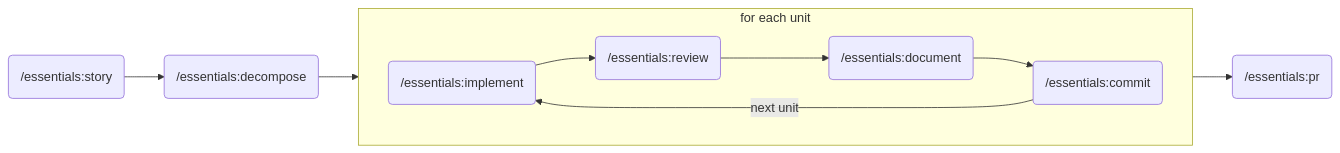
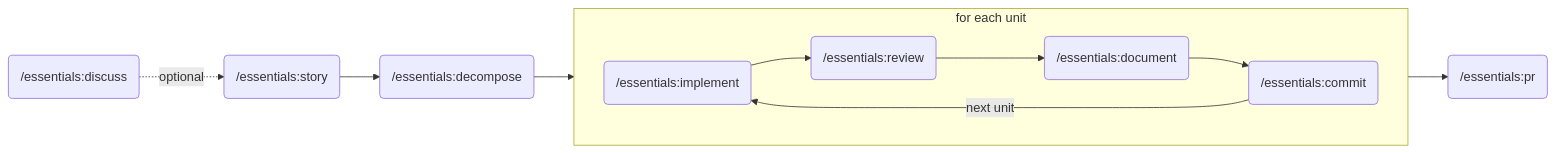
The diagram in README.md (JSA-Partners/claude-essentials), drawn with Mermaid before and after one commit. The commit also changed other lines of this file and 1 other file, not shown here.

Commit message:
feat(skills): add discuss skill for pre-story exploration
Interactive skill that helps users refine vague ideas through
iterative discussion and research before feeding into /essentials:story.

````diff
--- a/README.md
+++ b/README.md
@@ -38,13 +38,14 @@
 ```mermaid
 flowchart LR
-    A("/essentials:story") --> B("/essentials:decompose")
+    Z("/essentials:discuss") -.optional.-> A("/essentials:story")
+    A --> B("/essentials:decompose")
 
     subgraph unit ["for each unit"]
         direction LR
         C("/essentials:implement") --> D("/essentials:review") --> E("/essentials:document") --> F("/essentials:commit")
         F -- next unit --> C
     end
 
     B --> C
     F --> G("/essentials:pr")
 ```
````
